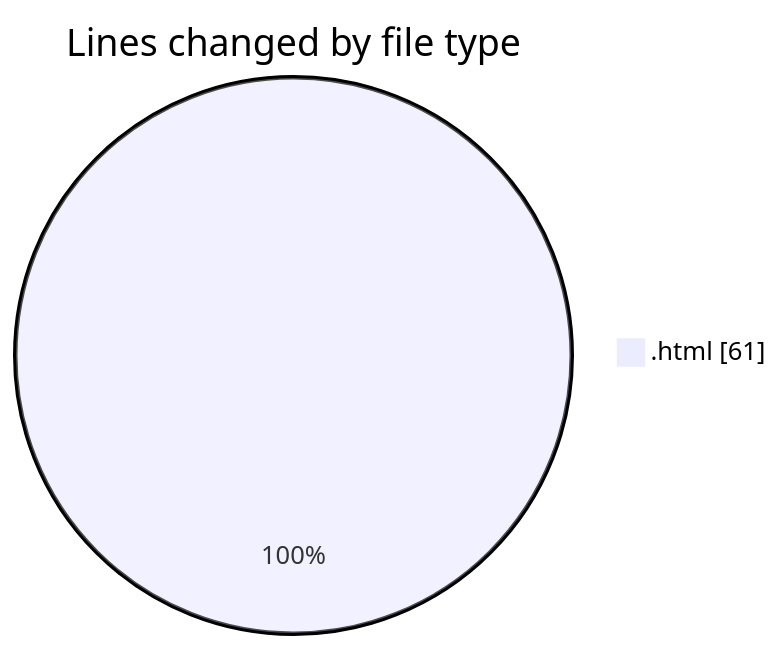
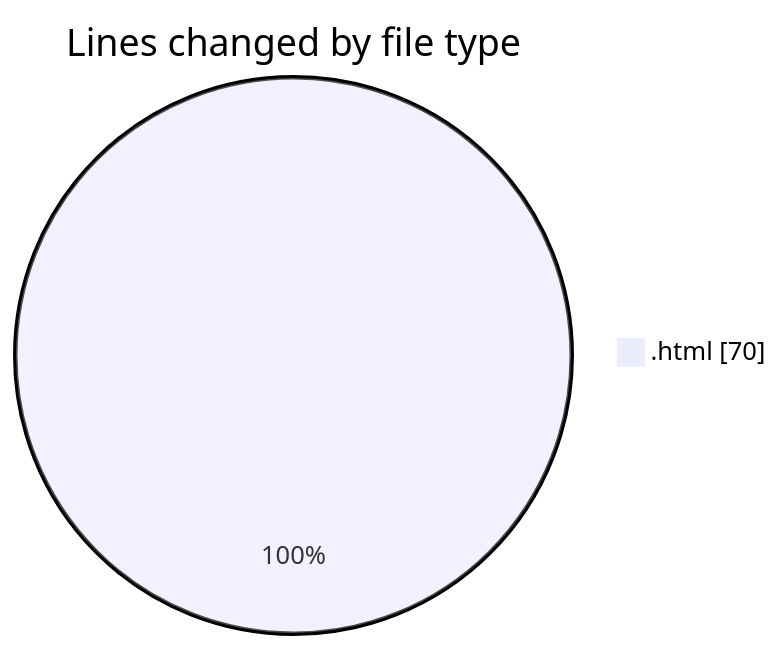
One commit to nxtqubesakshisongat/code-tracking changed the first of 2 diagrams in 2025-10-24/javacript/README.md. Above: the diagram before and after it, drawn with Mermaid. The commit also changed other lines of this file and 1 other file, not shown here.

````diff
--- a/2025-10-24/javacript/README.md
+++ b/2025-10-24/javacript/README.md
@@ -20,5 +20,5 @@
 ```mermaid
 pie showData
 title Lines changed by file type
-".html" : 61
+".html" : 70
 ```
````
